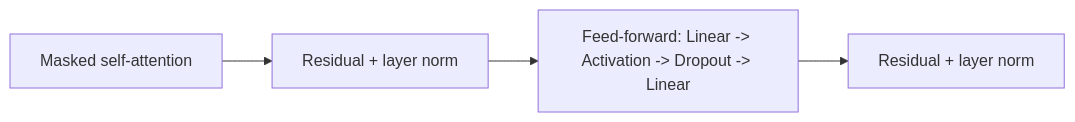
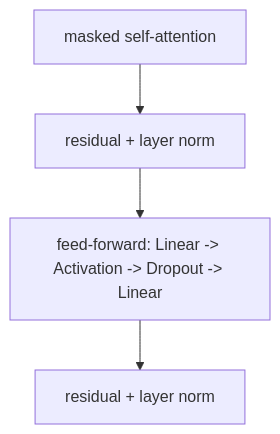
The third of 3 diagrams in docs/decoder_pretrain.md (daniellaah/MIDI2Score), drawn with Mermaid before and after one commit. The commit also changed other lines of this file and 1 other file, not shown here.

````diff
--- a/docs/decoder_pretrain.md
+++ b/docs/decoder_pretrain.md
@@ -128,6 +160,6 @@
 ```mermaid
-flowchart LR
-    A["Masked self-attention"] --> B["Residual + layer norm"]
-    B --> C["Feed-forward: Linear -> Activation -> Dropout -> Linear"]
-    C --> D["Residual + layer norm"]
+flowchart TD
+    A["masked self-attention"] --> B["residual + layer norm"]
+    B --> C["feed-forward: Linear -> Activation -> Dropout -> Linear"]
+    C --> D["residual + layer norm"]
 ```
````
